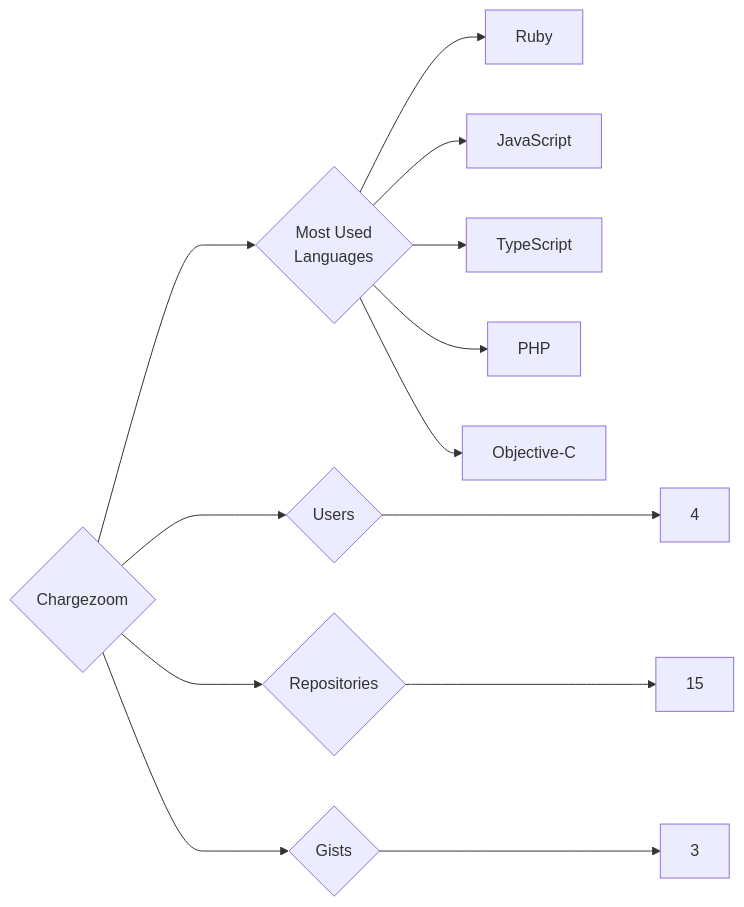
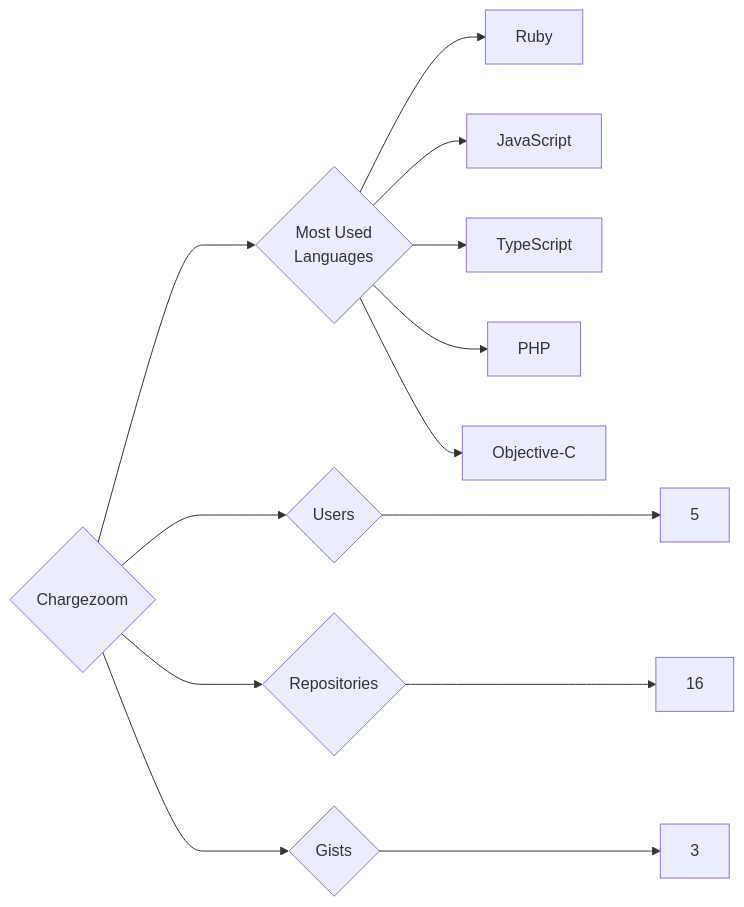
One commit to trickest/insiders changed the diagram in targets/Chargezoom/README.md. Above: the diagram before and after it, drawn with Mermaid. The commit also changed 1212 other files, not shown here.

````diff
--- a/targets/Chargezoom/README.md
+++ b/targets/Chargezoom/README.md
@@ -3,13 +3,13 @@
 ```mermaid
 graph LR
 COMPANY_NAME{Chargezoom}
-COMPANY_NAME ---> U{Users} ---> UN[4]
-COMPANY_NAME ---> R{Repositories} ---> RN[15]
+COMPANY_NAME ---> U{Users} ---> UN[5]
+COMPANY_NAME ---> R{Repositories} ---> RN[16]
 COMPANY_NAME ---> G{Gists} ---> GN[3]
 COMPANY_NAME ---> ML{Most Used<br>Languages}
 ML --> Ruby[Ruby]
 ML --> JavaScript[JavaScript]
 ML --> TypeScript[TypeScript]
 ML --> PHP[PHP]
 ML --> Objective-C[Objective-C]
 ```
````
